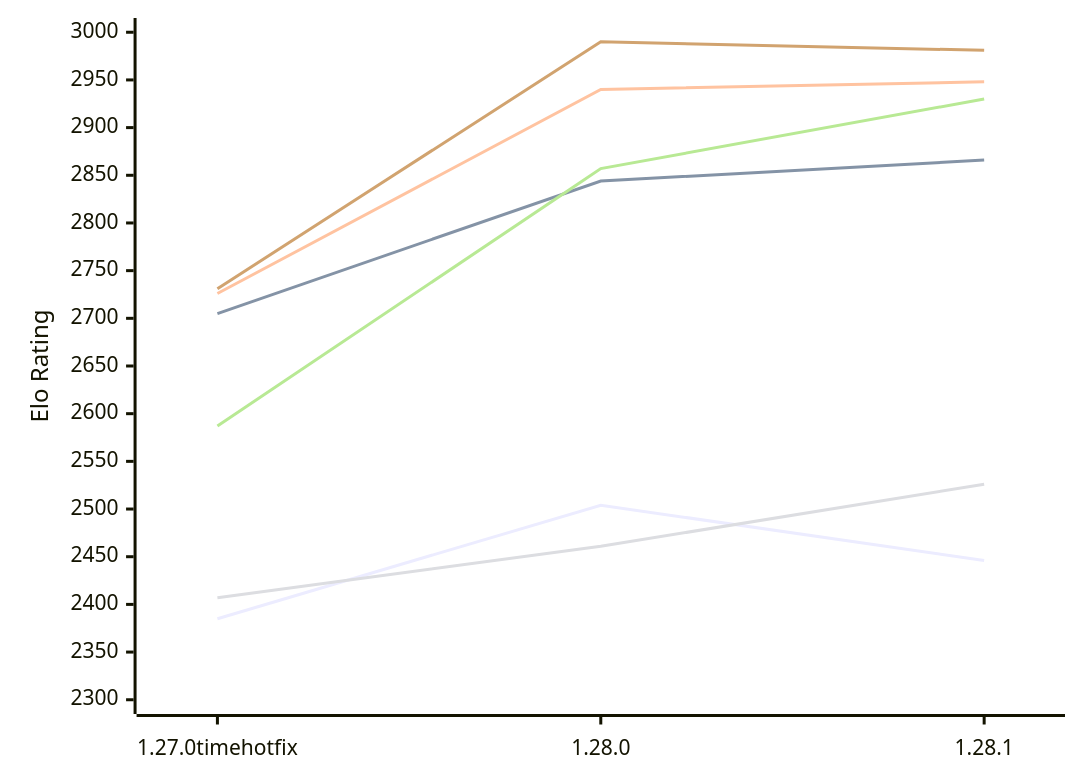
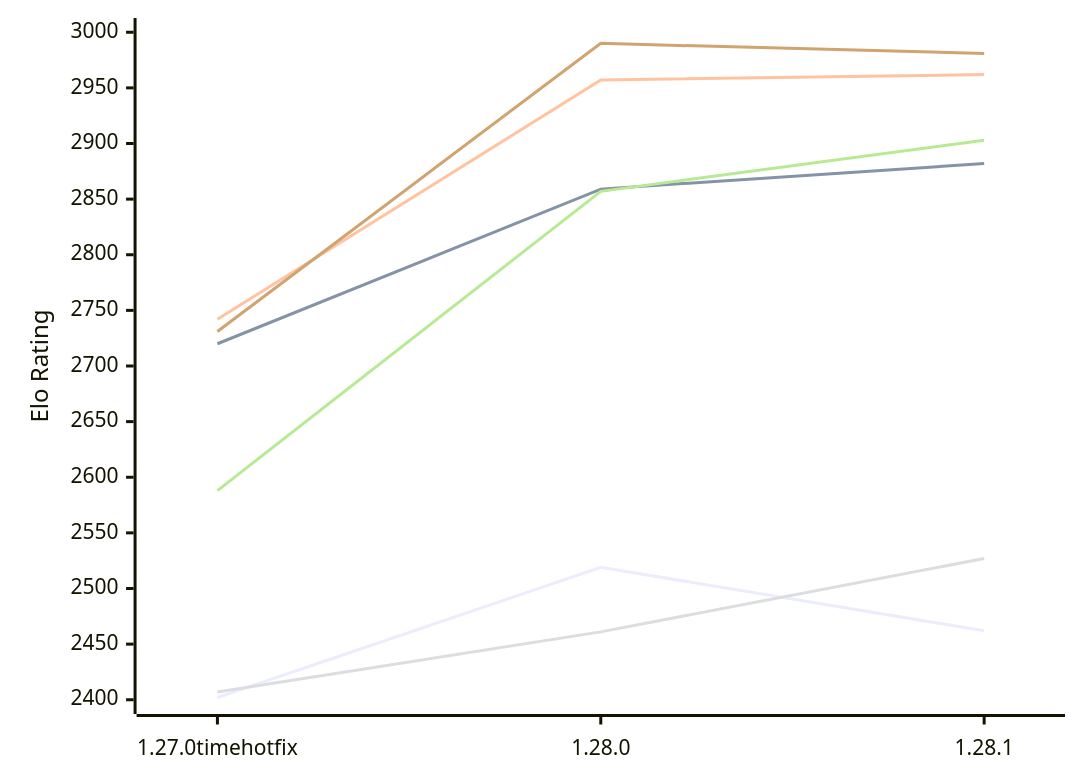
Before and after one commit to computer-chess-index/cci: the first of 2 diagrams in engines/Aurora.md, drawn with Mermaid. The commit also changed other lines of this file, not shown here.

Commit message:
Update CCI Ratings (ELO VLTC) - 2026-11-11

````diff
--- a/engines/Aurora.md
+++ b/engines/Aurora.md
@@ -52,12 +52,12 @@
 ```mermaid
 %%{init: {"theme":"base","themeVariables":{"seriesColors:['#a3a3a3','#222221','#faa371']}}}%%
 xychart-beta
   x-axis ["1.27.0timehotfix", "1.28.0", "1.28.1"]
-  y-axis "Elo Rating" 2300 --> 3000
-  line "E1: STC (8.0+0.08s)" [2385, 2504, 2446]
-  line "E1: LTC (60.0+0.60s)" [2705, 2844, 2866]
-  line "E1: VLTC (2m24s+1.12s)" [2726, 2940, 2948]
-  line "P1: STC (8.0+0.08s)" [2407, 2461, 2526]
-  line "P1: LTC (60.0+0.60s)" [2587, 2857, 2930]
+  y-axis "Elo Rating" 2400 --> 3000
+  line "E1: STC (8.0+0.08s)" [2402, 2519, 2462]
+  line "E1: LTC (60.0+0.60s)" [2720, 2859, 2882]
+  line "E1: VLTC (2m24s+1.12s)" [2742, 2957, 2962]
+  line "P1: STC (8.0+0.08s)" [2407, 2461, 2527]
+  line "P1: LTC (60.0+0.60s)" [2588, 2857, 2903]
   line "P1: VLTC (2m24s+1.12s)" [2731, 2990, 2981]
 ```
````
